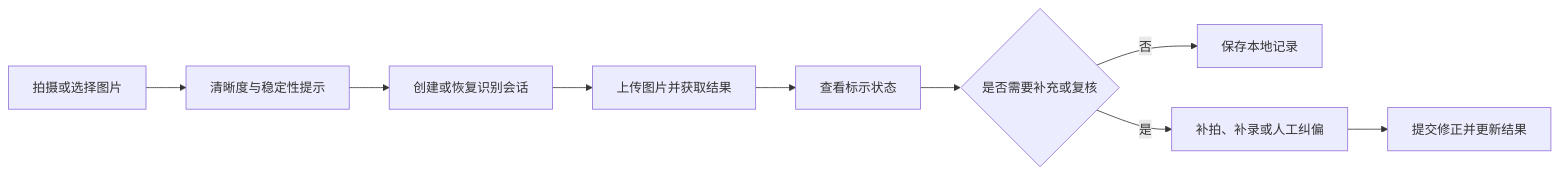
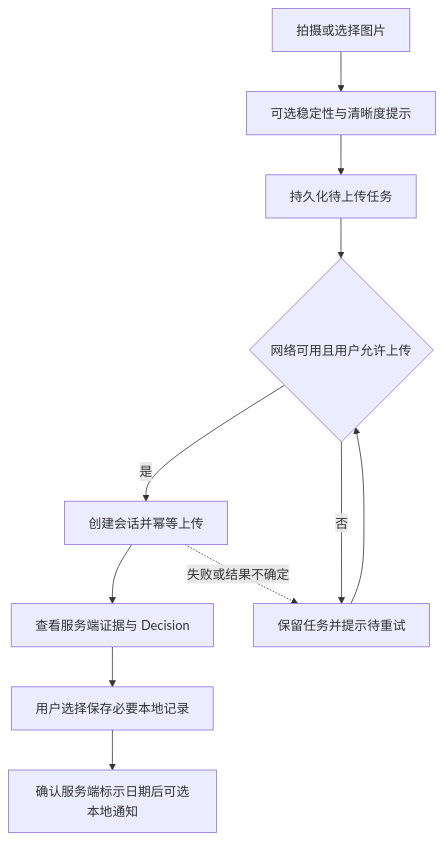
One commit to QingMouFoodDate/MobileClient changed the diagram in README.md. Above: the diagram before and after it, drawn with Mermaid. The commit also changed other lines of this file, not shown here.

````diff
--- a/README.md
+++ b/README.md
@@ -63,11 +21,13 @@
 ```mermaid
-flowchart LR
-    A["拍摄或选择图片"] --> B["清晰度与稳定性提示"]
-    B --> C["创建或恢复识别会话"]
-    C --> D["上传图片并获取结果"]
-    D --> E["查看标示状态"]
-    E --> F{"是否需要补充或复核"}
-    F -->|"否"| G["保存本地记录"]
-    F -->|"是"| H["补拍、补录或人工纠偏"]
-    H --> I["提交修正并更新结果"]
+flowchart TD
+    A[拍摄或选择图片] --> B[可选稳定性与清晰度提示]
+    B --> C[持久化待上传任务]
+    C --> D{网络可用且用户允许上传}
+    D -->|是| E[创建会话并幂等上传]
+    D -->|否| F[保留任务并提示待重试]
+    F --> D
+    E --> G[查看服务端证据与 Decision]
+    E -.失败或结果不确定.-> F
+    G --> H[用户选择保存必要本地记录]
+    H --> I[确认服务端标示日期后可选本地通知]
 ```
````
